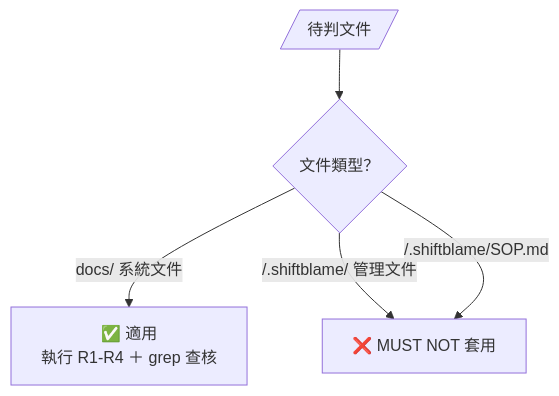
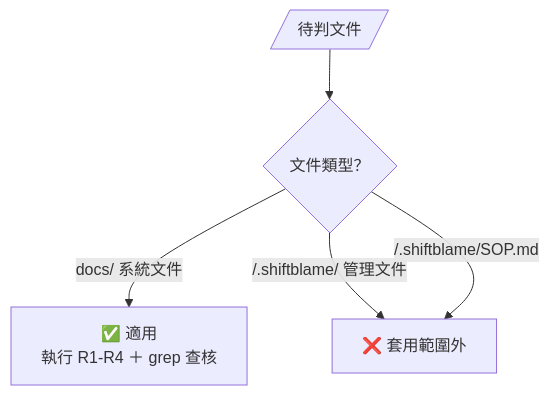
Before and after one commit to teps3105/shiftblame: the first of 2 diagrams in skills/shiftblame/assets/DOCS.md, drawn with Mermaid. The commit also changed other lines of this file and 26 other files, not shown here.

````diff
--- a/skills/shiftblame/assets/DOCS.md
+++ b/skills/shiftblame/assets/DOCS.md
@@ -11,7 +11,7 @@
 ```mermaid
 flowchart TD
     File[/待判文件/] --> Type{文件類型？}
     Type -- "docs/ 系統文件" --> Apply["✅ 適用<br/>執行 R1-R4 ＋ grep 查核"]
-    Type -- "<repo>/.shiftblame/ 管理文件" --> NoApply["❌ MUST NOT 套用"]
+    Type -- "<repo>/.shiftblame/ 管理文件" --> NoApply["❌ 套用範圍外"]
     Type -- "<repo>/.shiftblame/SOP.md" --> NoApply
 ```
````
